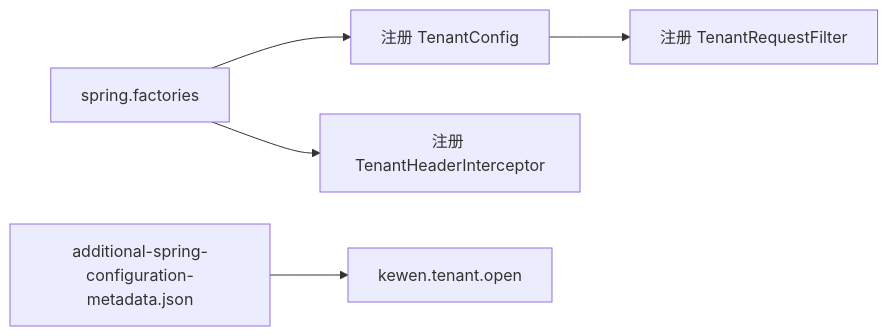
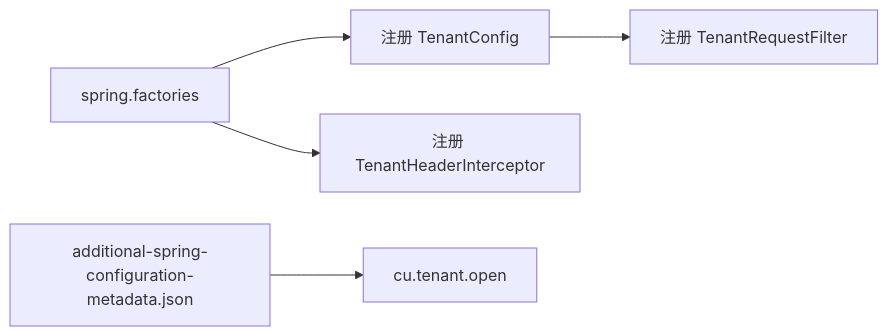
The sixth of 7 diagrams in .qoder/repowiki/zh/content/多租户管理.md (LiukewenSC/kewen-framework), drawn with Mermaid before and after one commit. The commit also changed other lines of this file and 764 other files, not shown here.

````diff
--- a/.qoder/repowiki/zh/content/多租户管理.md
+++ b/.qoder/repowiki/zh/content/多租户管理.md
@@ -269,7 +269,7 @@
 ```mermaid
 graph LR
 SF["spring.factories"] --> REG1["注册 TenantConfig"]
 SF --> REG2["注册 TenantHeaderInterceptor"]
 REG1 --> BEAN["注册 TenantRequestFilter"]
-META["additional-spring-configuration-metadata.json"] --> CFG["kewen.tenant.open"]
+META["additional-spring-configuration-metadata.json"] --> CFG["cu.tenant.open"]
 ```
````
